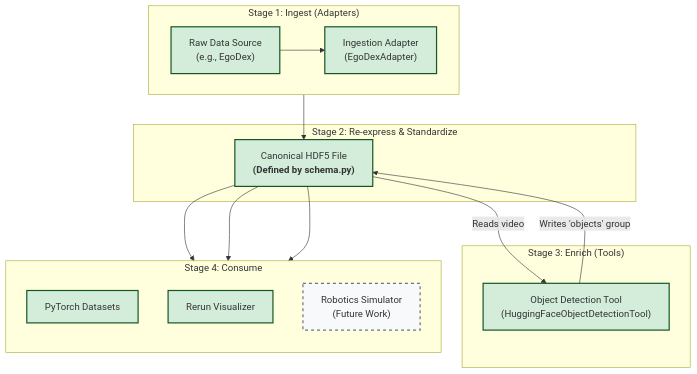
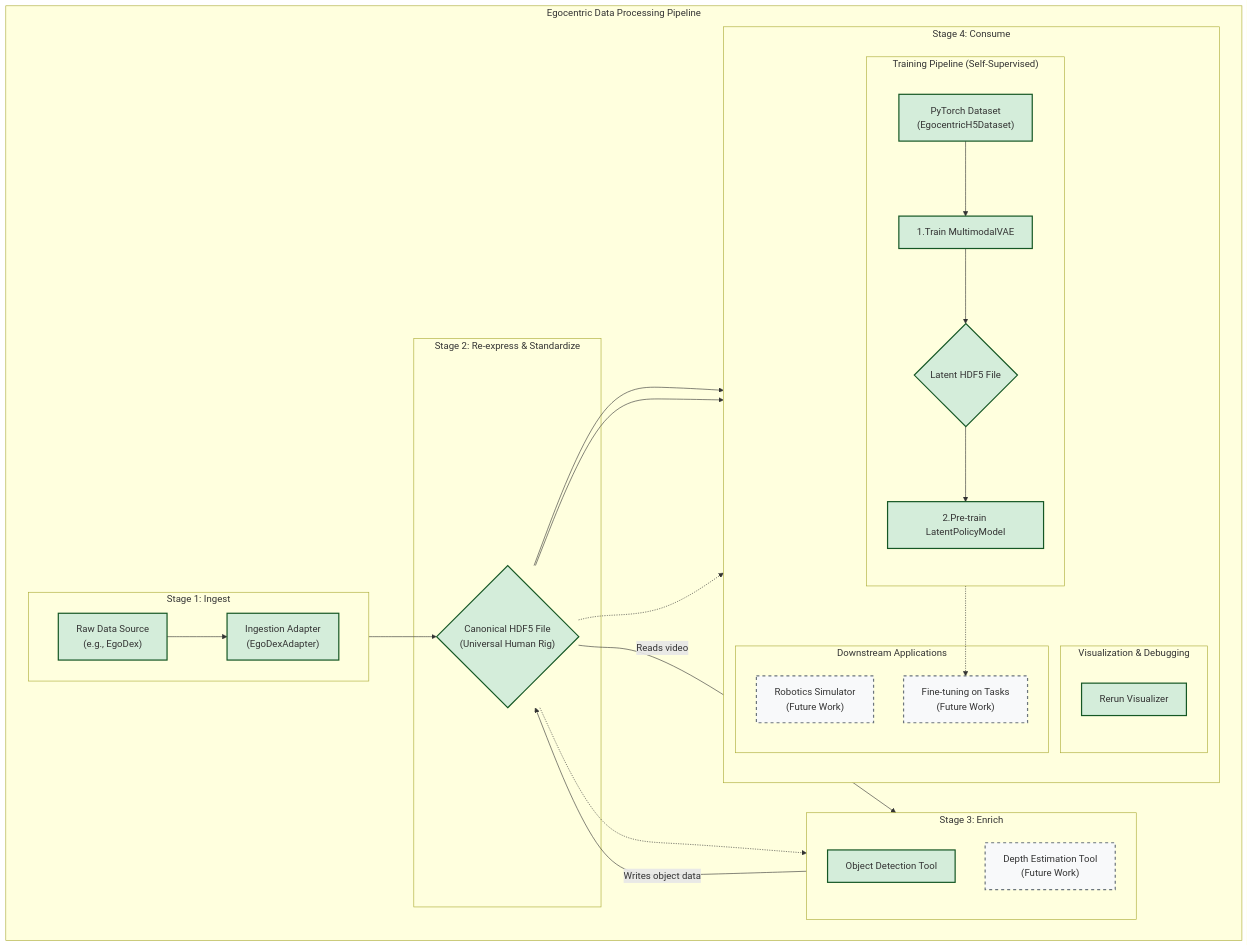
Before and after one commit to IstariRobotics/egohub: the diagram in README.md, drawn with Mermaid.

````diff
--- a/README.md
+++ b/README.md
@@ -26,38 +26,60 @@
 ```mermaid
 graph TD
-    %% Define Styles
-    classDef built fill:#d4edda,stroke:#155724,stroke-width:2px
-    classDef notBuilt fill:#f8f9fa,stroke:#6c757d,stroke-width:2px,stroke-dasharray: 5 5
+%% Define Styles
+classDef built fill:#d4edda,stroke:#155724,stroke-width:2px
+classDef notBuilt fill:#f8f9fa,stroke:#6c757d,stroke-width:2px,stroke-dasharray: 5 5
 
-    subgraph "Stage 1: Ingest (Adapters)"
+subgraph "Egocentric Data Processing Pipeline"
+    direction LR
+
+    subgraph "Stage 1: Ingest"
         direction LR
         RawData["Raw Data Source<br/>(e.g., EgoDex)"] --> Adapter["Ingestion Adapter<br/>(EgoDexAdapter)"]
     end
 
     subgraph "Stage 2: Re-express & Standardize"
-        Adapter --> CanonicalH5["Canonical HDF5 File<br/><b>(Defined by schema.py)</b>"]
+        Adapter --> CanonicalH5{"Canonical HDF5 File<br/>(Universal Human Rig)"}
     end
 
-    subgraph "Stage 3: Enrich (Tools)"
-        ToolDetection["Object Detection Tool<br/>(HuggingFaceObjectDetectionTool)"]
-        
+    subgraph "Stage 3: Enrich"
+        direction TB
+        ToolDetection["Object Detection Tool"]
+        ToolDepth["Depth Estimation Tool<br/>(Future Work)"]
+    
         CanonicalH5 -->|Reads video| ToolDetection
-        ToolDetection -->|Writes 'objects' group| CanonicalH5
+        ToolDetection -->|Writes object data| CanonicalH5
+        CanonicalH5 -.-> ToolDepth
     end
 
     subgraph "Stage 4: Consume"
         direction TB
-        AppPytorch["PyTorch Datasets"]
-        AppRerun["Rerun Visualizer"]
-        AppSim["Robotics Simulator<br/>(Future Work)"]
+
+        subgraph "Visualization & Debugging"
+            AppRerun["Rerun Visualizer"]
+        end
+    
+        subgraph "Training Pipeline (Self-Supervised)"
+            direction TB
+            PytorchDS["PyTorch Dataset<br/>(EgocentricH5Dataset)"] --> VAE["1.Train MultimodalVAE"]
+            VAE --> LatentH5{"Latent HDF5 File"}
+            LatentH5 --> Policy["2.Pre-train LatentPolicyModel"]
+        end
+
+        subgraph "Downstream Applications"
+            AppSim["Robotics Simulator<br/>(Future Work)"]
+            AppFinetune["Fine-tuning on Tasks<br/>(Future Work)"]
+        end
     end
 
-    %% Define Flows
-    CanonicalH5 --> AppPytorch
-    CanonicalH5 --> AppRerun
-    CanonicalH5 --> AppSim
+end
 
-    %% Apply Styles to Nodes
-    class RawData,Adapter,CanonicalH5,AppPytorch,AppRerun,ToolDetection built
-    class AppSim notBuilt
+%% Define Flows
+CanonicalH5 --> PytorchDS
+CanonicalH5 --> AppRerun
+Policy -.-> AppFinetune
+CanonicalH5 -.-> AppSim
+
+%% Apply Styles to Nodes
+class RawData,Adapter,CanonicalH5,PytorchDS,VAE,LatentH5,Policy,AppRerun,ToolDetection built
+class ToolDepth,AppSim,AppFinetune notBuilt
 ```
````
